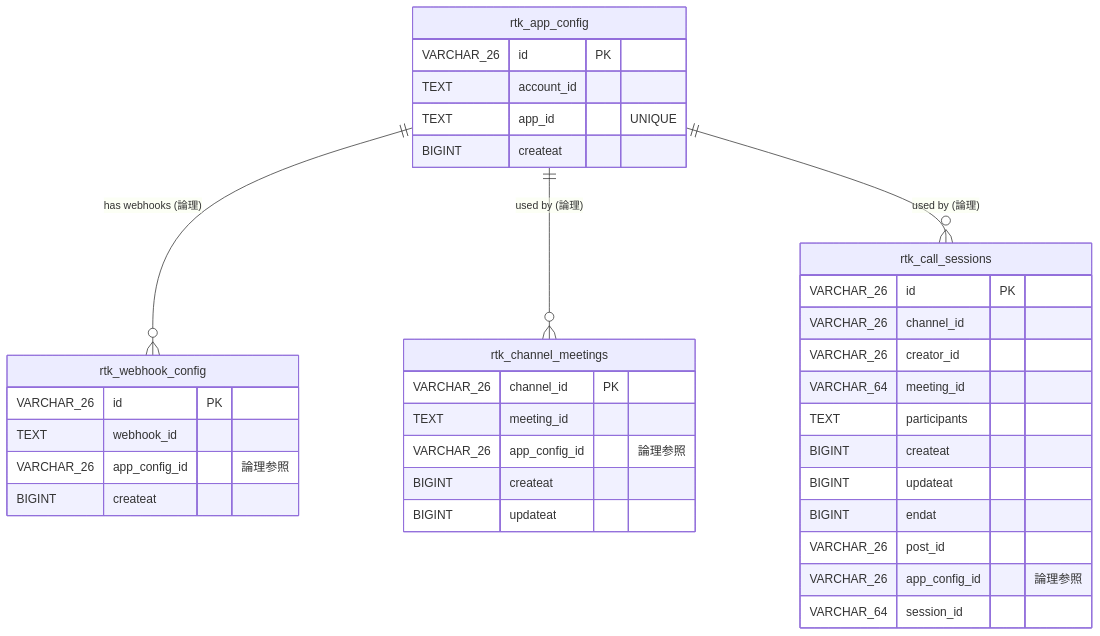
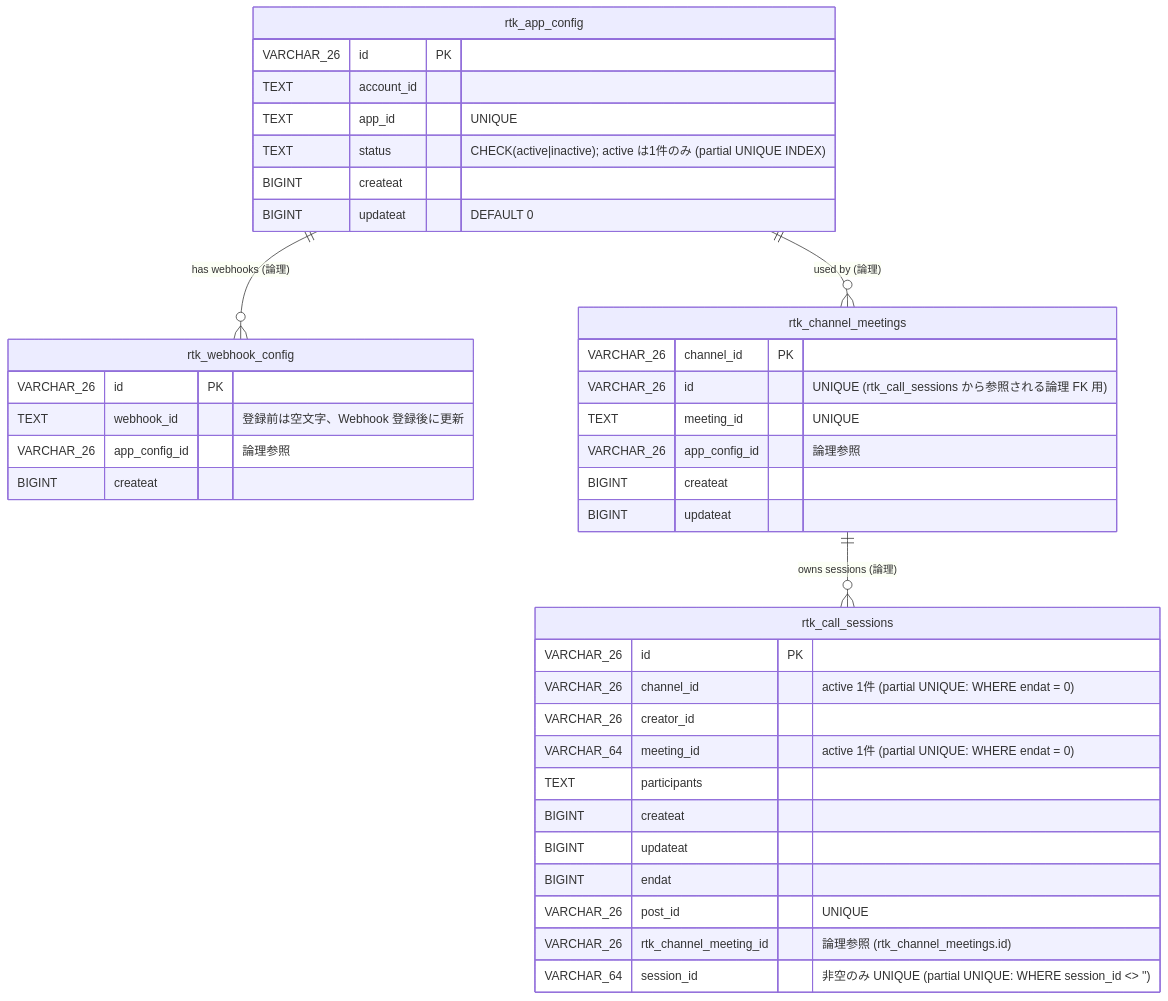
One commit to kondo97/mattermost-plugin-rtk changed the diagram in docs/er-diagram.md. Above: the diagram before and after it, drawn with Mermaid. The commit also changed other lines of this file and 22 other files, not shown here.

First line of the commit message:
Update schema, configuration, and ER diagram

````diff
--- a/docs/er-diagram.md
+++ b/docs/er-diagram.md
@@ -5,42 +5,45 @@
 ```mermaid
 erDiagram
     rtk_app_config {
         VARCHAR_26 id PK
         TEXT       account_id
         TEXT       app_id "UNIQUE"
+        TEXT       status "CHECK(active|inactive); active は1件のみ (partial UNIQUE INDEX)"
         BIGINT     createat
+        BIGINT     updateat "DEFAULT 0"
     }
 
     rtk_webhook_config {
         VARCHAR_26 id PK
-        TEXT       webhook_id
+        TEXT       webhook_id "登録前は空文字、Webhook 登録後に更新"
         VARCHAR_26 app_config_id "論理参照"
         BIGINT     createat
     }
 
     rtk_channel_meetings {
         VARCHAR_26 channel_id PK
-        TEXT       meeting_id
+        VARCHAR_26 id "UNIQUE (rtk_call_sessions から参照される論理 FK 用)"
+        TEXT       meeting_id "UNIQUE"
         VARCHAR_26 app_config_id "論理参照"
         BIGINT     createat
         BIGINT     updateat
     }
 
     rtk_call_sessions {
         VARCHAR_26 id PK
-        VARCHAR_26 channel_id
+        VARCHAR_26 channel_id "active 1件 (partial UNIQUE: WHERE endat = 0)"
         VARCHAR_26 creator_id
-        VARCHAR_64 meeting_id
+        VARCHAR_64 meeting_id "active 1件 (partial UNIQUE: WHERE endat = 0)"
         TEXT       participants
         BIGINT     createat
         BIGINT     updateat
         BIGINT     endat
-        VARCHAR_26 post_id
-        VARCHAR_26 app_config_id "論理参照"
-        VARCHAR_64 session_id
+        VARCHAR_26 post_id "UNIQUE"
+        VARCHAR_26 rtk_channel_meeting_id "論理参照 (rtk_channel_meetings.id)"
+        VARCHAR_64 session_id "非空のみ UNIQUE (partial UNIQUE: WHERE session_id <> '')"
     }
 
-    rtk_app_config ||--o{ rtk_webhook_config    : "has webhooks (論理)"
-    rtk_app_config ||--o{ rtk_channel_meetings  : "used by (論理)"
-    rtk_app_config ||--o{ rtk_call_sessions     : "used by (論理)"
+    rtk_app_config       ||--o{ rtk_webhook_config    : "has webhooks (論理)"
+    rtk_app_config       ||--o{ rtk_channel_meetings  : "used by (論理)"
+    rtk_channel_meetings ||--o{ rtk_call_sessions     : "owns sessions (論理)"
 ```
````
